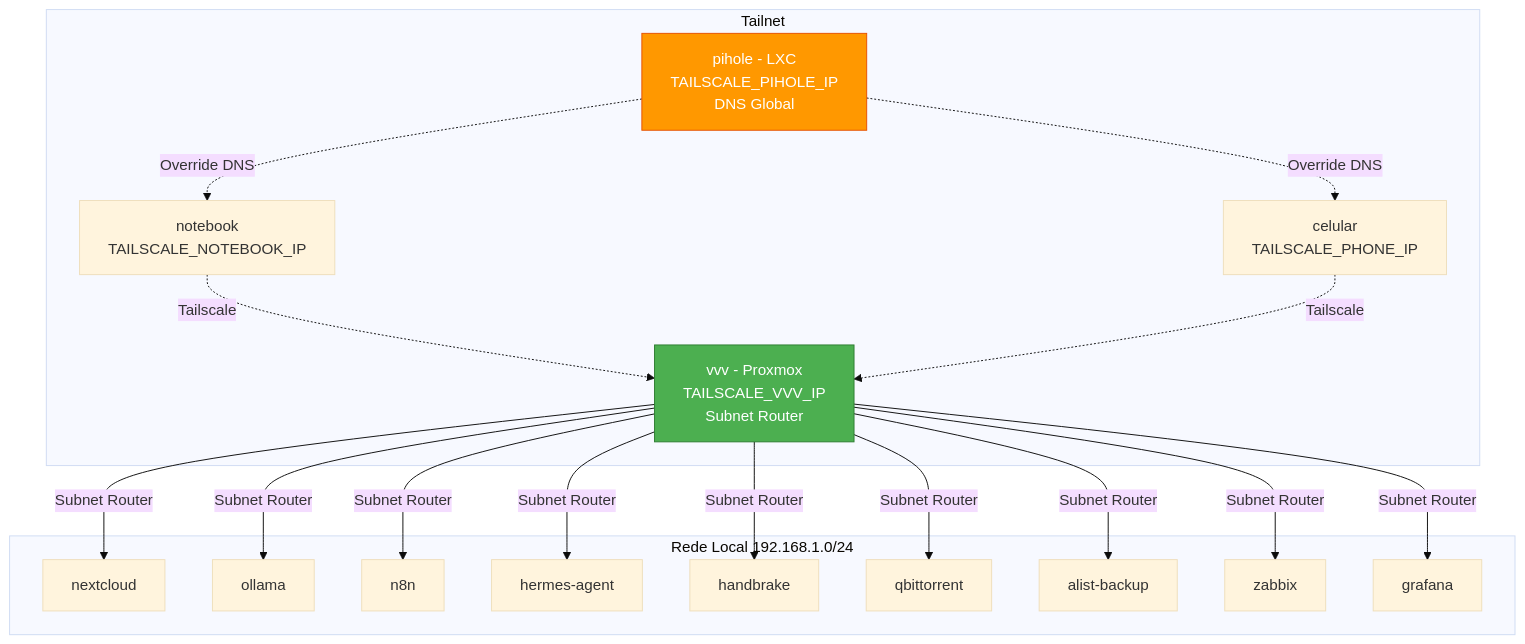
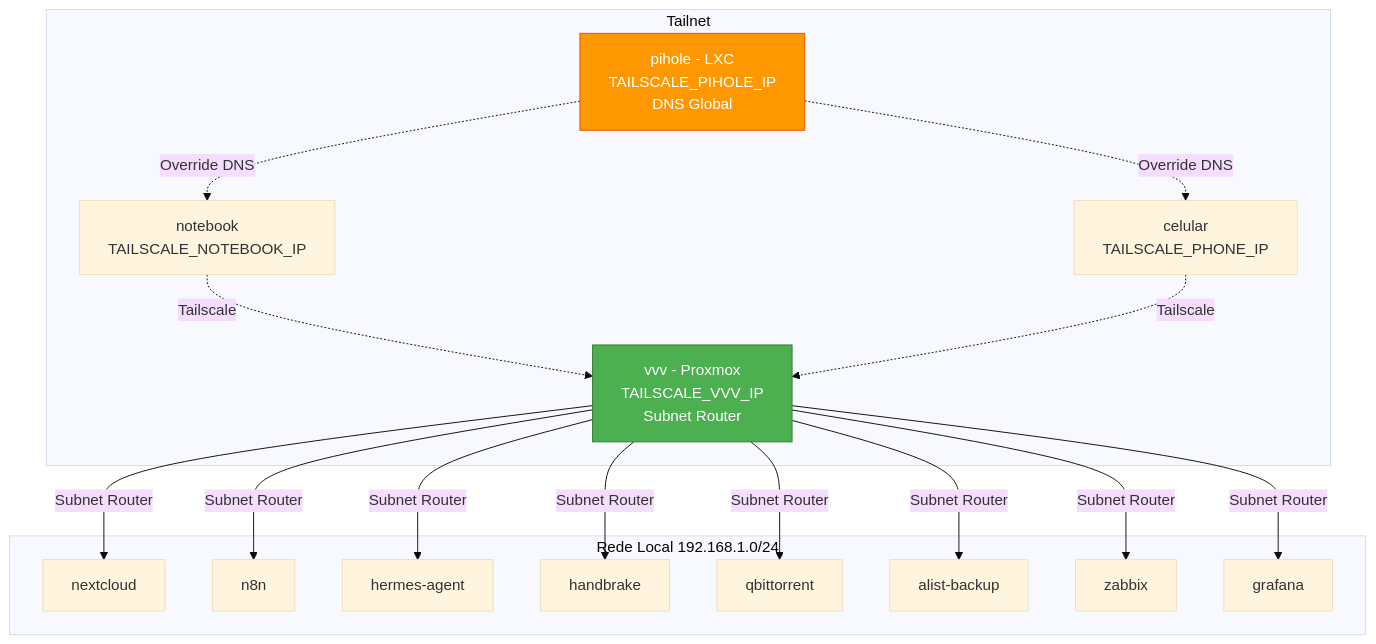
The diagram in docs/networking.md (mviniciusy/vvy-homelab), drawn with Mermaid (base theme) before and after one commit. The commit also changed other lines of this file and 12 other files, not shown here.

````diff
--- a/docs/networking.md
+++ b/docs/networking.md
@@ -11,29 +11,28 @@
 ```mermaid
 graph TB
     subgraph Tailnet
         VVV[vvv - Proxmox<br/>TAILSCALE_VVV_IP<br/>Subnet Router]
         PIHOLE[pihole - LXC<br/>TAILSCALE_PIHOLE_IP<br/>DNS Global]
         NOTEBOOK[notebook<br/>TAILSCALE_NOTEBOOK_IP]
         PHONE[celular<br/>TAILSCALE_PHONE_IP]
     end
 
     subgraph Rede Local 192.168.1.0/24
         VVV --> |Subnet Router| NEXTCLOUD[nextcloud]
-        VVV --> |Subnet Router| OLLAMA[ollama]
-        VVV --> |Subnet Router| N8N[n8n]
+               VVV --> |Subnet Router| N8N[n8n]
         VVV --> |Subnet Router| HERMES[hermes-agent]
         VVV --> |Subnet Router| HANDBRAKE[handbrake]
         VVV --> |Subnet Router| QBIT[qbittorrent]
         VVV --> |Subnet Router| ALIST[alist-backup]
         VVV --> |Subnet Router| ZABBIX[zabbix]
         VVV --> |Subnet Router| GRAFANA[grafana]
     end
 
     NOTEBOOK -.-> |Tailscale| VVV
     PHONE -.-> |Tailscale| VVV
     PIHOLE -.-> |Override DNS| NOTEBOOK
     PIHOLE -.-> |Override DNS| PHONE
 
     style VVV fill:#4caf50,stroke:#2e7d32,color:#fff
     style PIHOLE fill:#ff9800,stroke:#e65100,color:#fff
 ```
````
